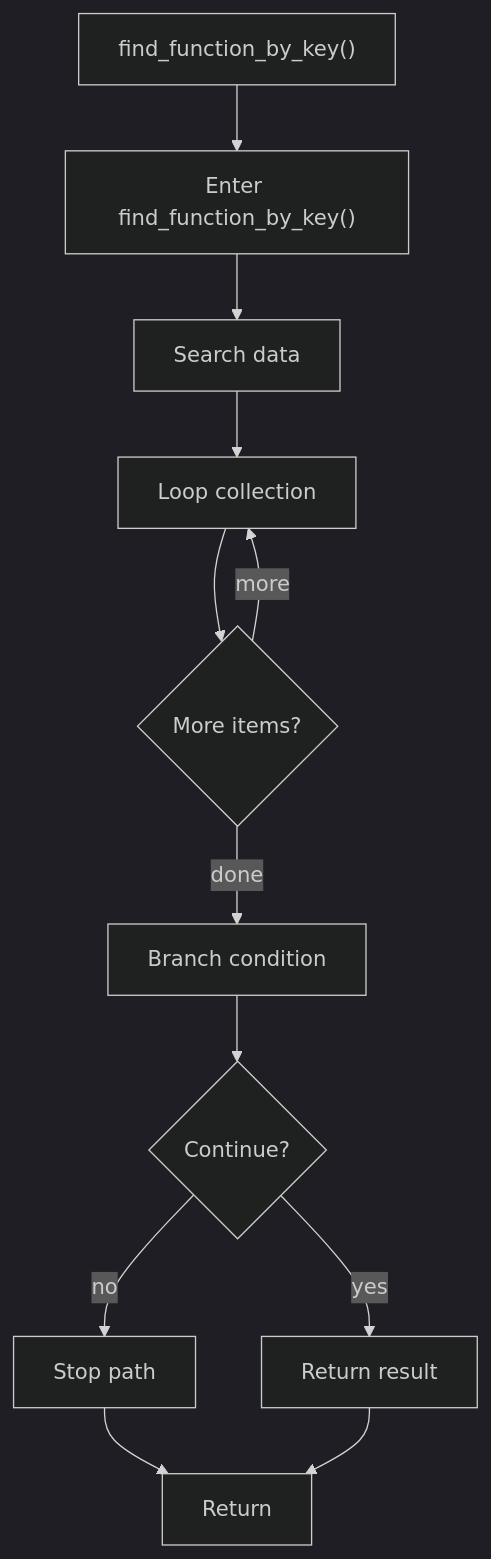
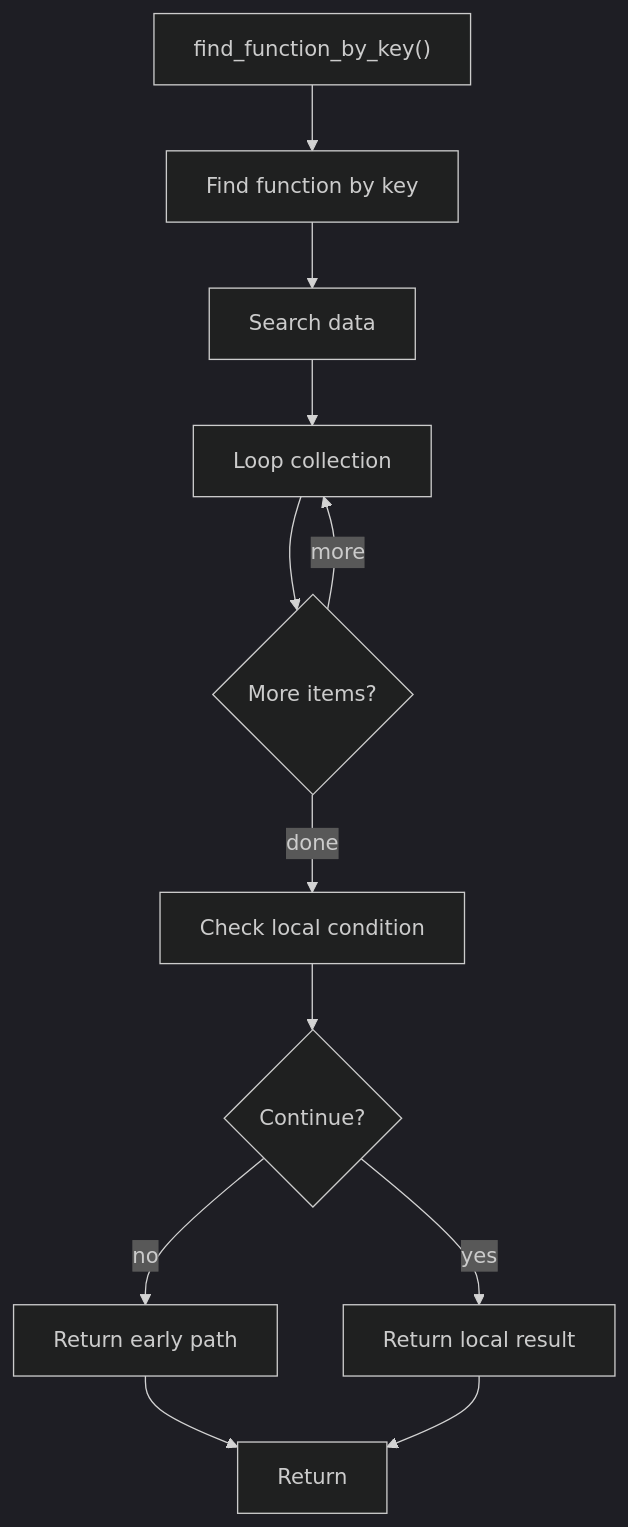
The diagram in docs/Codebase/Microservice/Modules/Source/Analysis/ImplementationUse/Resolution/Symbols/Query/Flow/functions/find_function_by_key.cpp.md (JohnAndrewBalbarosa/NeoTerritory), drawn with Mermaid (dark theme) before and after one commit. The commit also changed other lines of this file and 915 other files, not shown here.

````diff
--- a/docs/Codebase/Microservice/Modules/Source/Analysis/ImplementationUse/Resolution/Symbols/Query/Flow/functions/find_function_by_key.cpp.md
+++ b/docs/Codebase/Microservice/Modules/Source/Analysis/ImplementationUse/Resolution/Symbols/Query/Flow/functions/find_function_by_key.cpp.md
@@ -19,24 +19,24 @@
 ```mermaid
 flowchart TD
     Start["find_function_by_key()"]
-    N0["Enter find_function_by_key()"]
+    N0["Find function by key"]
     N1["Search data"]
     N2["Loop collection"]
     L2{"More items?"}
-    N3["Branch condition"]
+    N3["Check local condition"]
     D3{"Continue?"}
-    R3["Stop path"]
-    N4["Return result"]
+    R3["Return early path"]
+    N4["Return local result"]
     End["Return"]
     Start --> N0
     N0 --> N1
     N1 --> N2
     N2 --> L2
     L2 -->|more| N2
     L2 -->|done| N3
     N3 --> D3
     D3 -->|yes| N4
     D3 -->|no| R3
     R3 --> End
     N4 --> End
 ```
````
